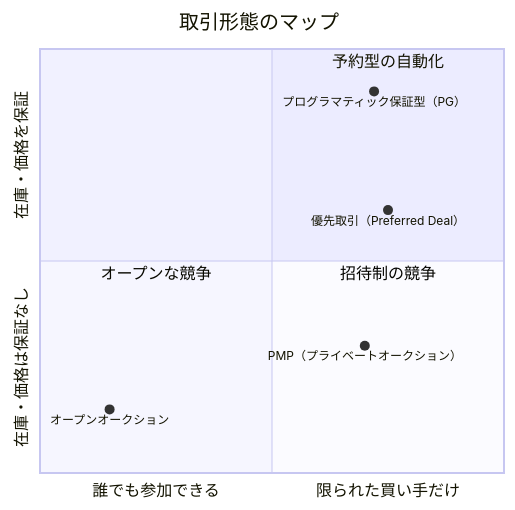
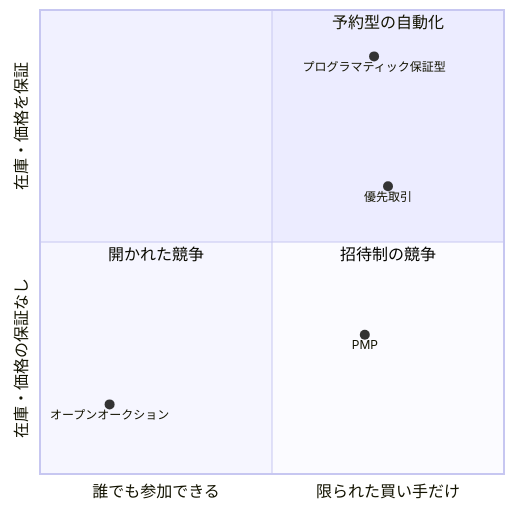
Before and after one commit to yasut0ra/rtb-study: the first of 3 diagrams in docs/06-deals.md, drawn with Mermaid. The commit also changed other lines of this file and 36 other files, not shown here.

````diff
--- a/docs/06-deals.md
+++ b/docs/06-deals.md
@@ -9,14 +15,13 @@
 ```mermaid
 quadrantChart
-    title 取引形態のマップ
     x-axis "誰でも参加できる" --> "限られた買い手だけ"
-    y-axis "在庫・価格は保証なし" --> "在庫・価格を保証"
+    y-axis "在庫・価格の保証なし" --> "在庫・価格を保証"
     quadrant-1 "予約型の自動化"
     quadrant-2 " "
-    quadrant-3 "オープンな競争"
+    quadrant-3 "開かれた競争"
     quadrant-4 "招待制の競争"
     "オープンオークション": [0.15, 0.15]
-    "PMP（プライベートオークション）": [0.70, 0.30]
-    "優先取引（Preferred Deal）": [0.75, 0.62]
-    "プログラマティック保証型（PG）": [0.72, 0.90]
+    "PMP": [0.70, 0.30]
+    "優先取引": [0.75, 0.62]
+    "プログラマティック保証型": [0.72, 0.90]
 ```
````
